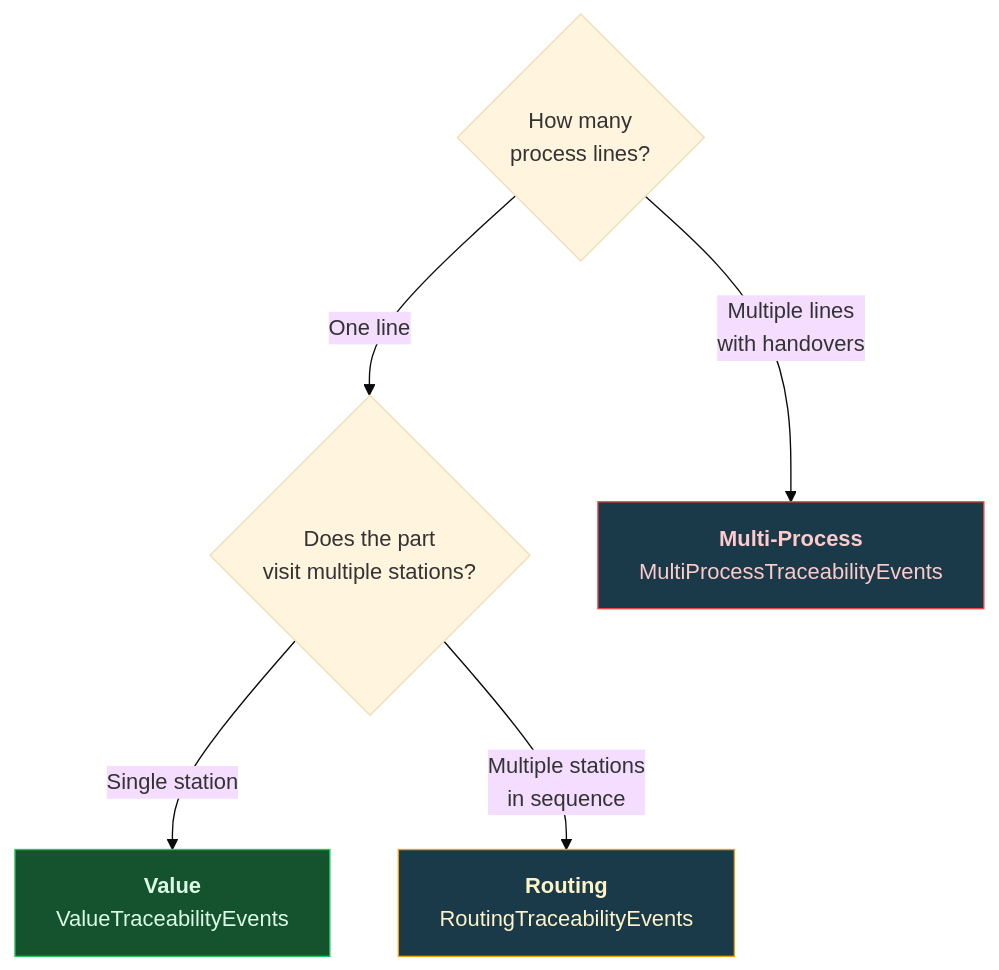
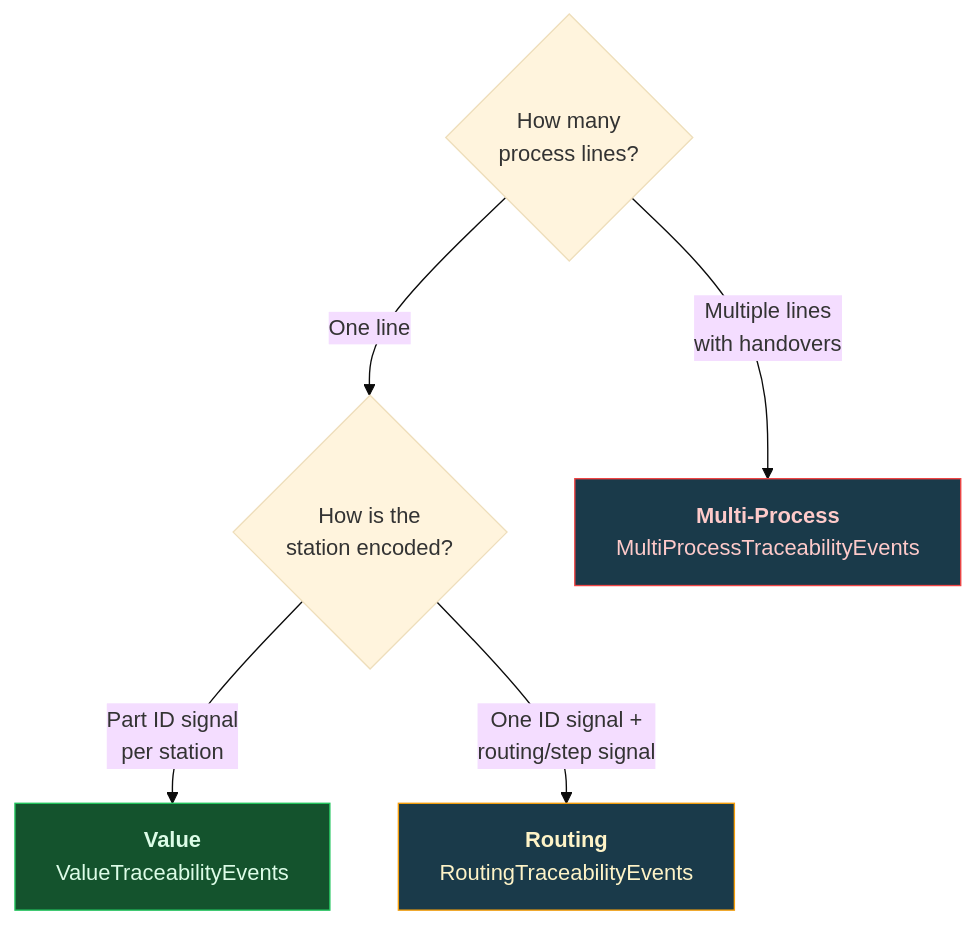
The second of 2 diagrams in docs/guides/traceability.md (ts-shape/ts-shape), drawn with Mermaid (base theme) before and after one commit. The commit also changed other lines of this file and 103 other files, not shown here.

````diff
--- a/docs/guides/traceability.md
+++ b/docs/guides/traceability.md
@@ -141,12 +145,12 @@
 ```mermaid
 flowchart TD
-    Q1{"How many<br/>process lines?"} -->|"One line"| Q2{"Does the part<br/>visit multiple stations?"}
+    Q1{"How many<br/>process lines?"} -->|"One line"| Q2{"How is the<br/>station encoded?"}
     Q1 -->|"Multiple lines<br/>with handovers"| L3["<b>Multi-Process</b><br/>MultiProcessTraceabilityEvents"]
 
-    Q2 -->|"Single station"| L1["<b>Value</b><br/>ValueTraceabilityEvents"]
-    Q2 -->|"Multiple stations<br/>in sequence"| L2["<b>Routing</b><br/>RoutingTraceabilityEvents"]
+    Q2 -->|"Part ID signal<br/>per station"| L1["<b>Value</b><br/>ValueTraceabilityEvents"]
+    Q2 -->|"One ID signal +<br/>routing/step signal"| L2["<b>Routing</b><br/>RoutingTraceabilityEvents"]
 
     style L1 fill:#14532d,stroke:#22c55e,color:#dcfce7
     style L2 fill:#1a3a4a,stroke:#f59e0b,color:#fef3c7
     style L3 fill:#1a3a4a,stroke:#ef4444,color:#fecaca
 ```
````
